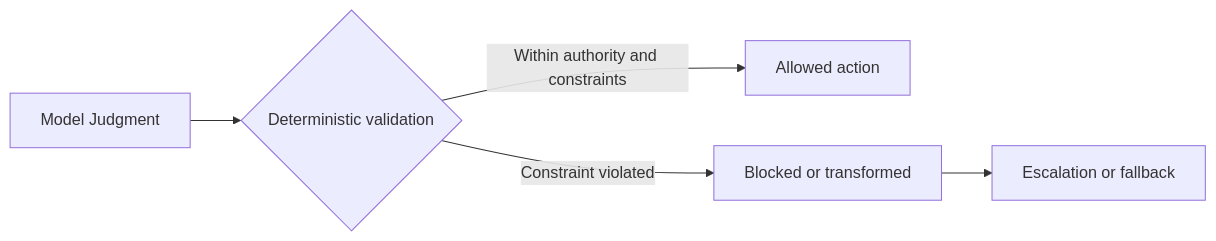
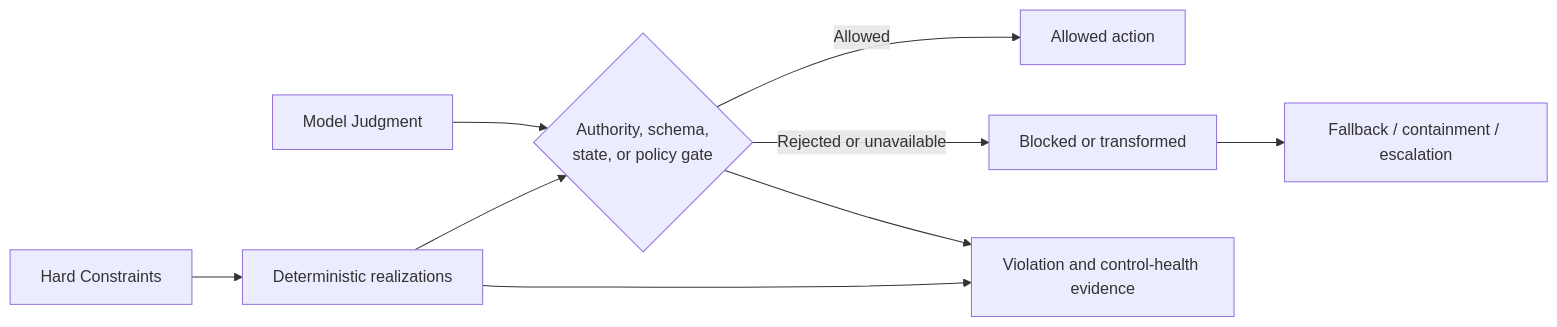
The second of 2 diagrams in 01-patterns/judgment-node-boundary.md (UncertaintyArchitectureGroup/uncertainty-architecture), drawn with Mermaid before and after one commit. The commit also changed other lines of this file and 31 other files, not shown here.

First line of the commit message:
Define Constraints and Constraint Realization as first-class control concepts (#32)

````diff
--- a/01-patterns/judgment-node-boundary.md
+++ b/01-patterns/judgment-node-boundary.md
@@ -191,13 +215,19 @@
 ```mermaid
 flowchart LR
+    K[Hard Constraints]
+    KR[Deterministic realizations]
     J[Model Judgment]
-    V{Deterministic validation}
-    A[Allowed action]
+    G{Authority, schema,<br/>state, or policy gate}
+    OK[Allowed action]
     B[Blocked or transformed]
-    E[Escalation or fallback]
+    F[Fallback / containment / escalation]
+    S[Violation and control-health evidence]
 
-    J --> V
-    V -->|Within authority and constraints| A
-    V -->|Constraint violated| B
-    B --> E
+    K --> KR
+    J --> G
+    KR --> G
+    G -->|Allowed| OK
+    G -->|Rejected or unavailable| B --> F
+    G --> S
+    KR --> S
 ```
````
